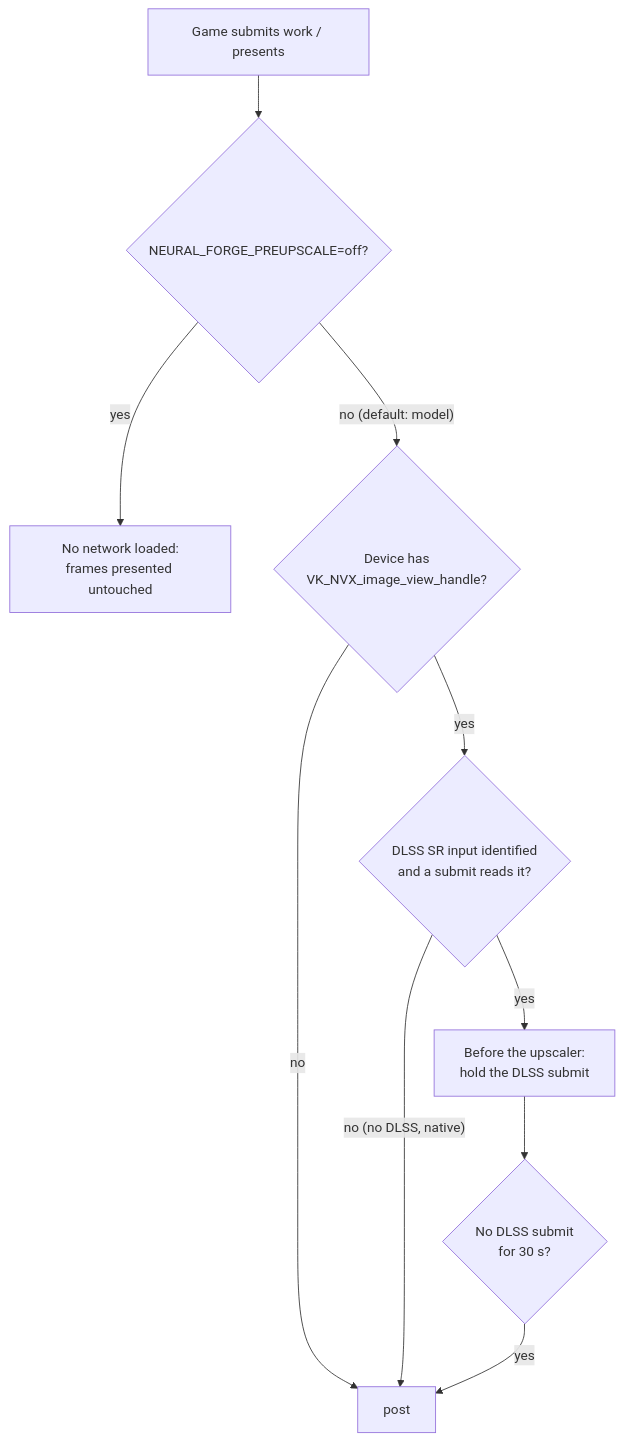
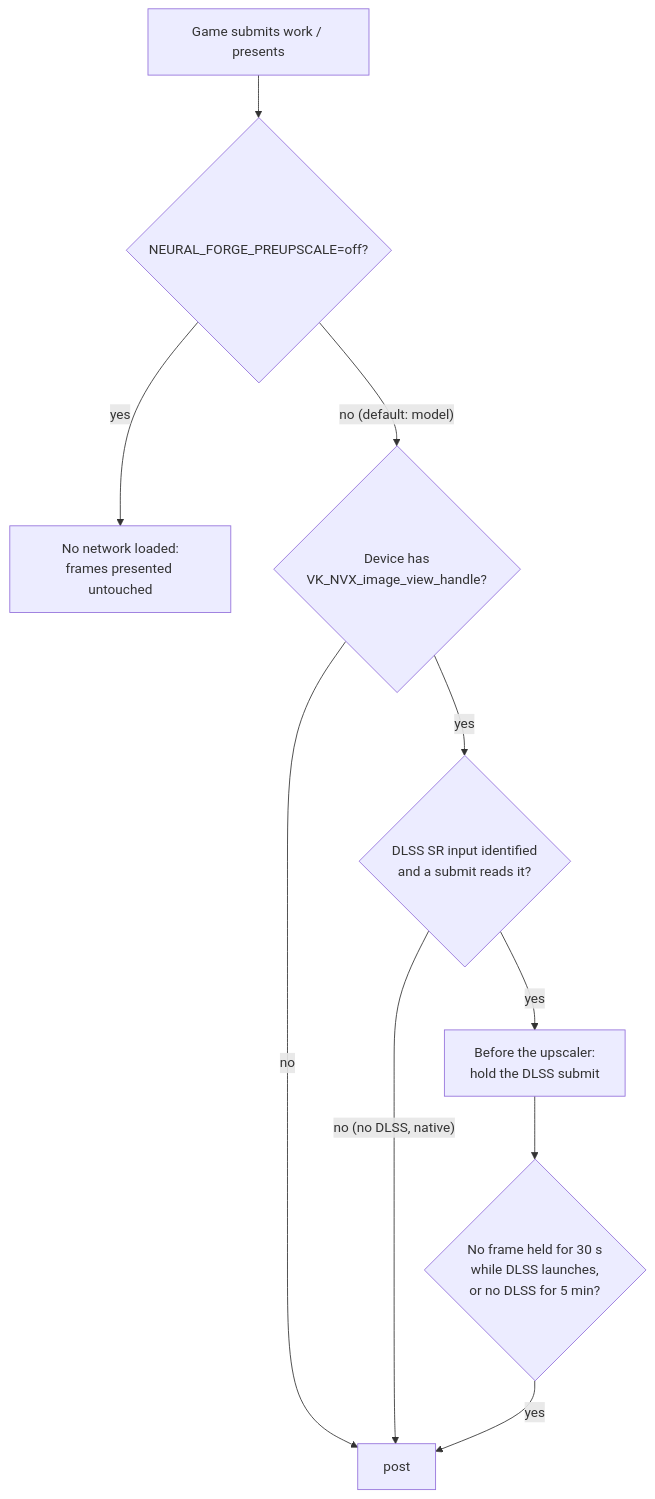
The second of 3 diagrams in docs/ARCHITECTURE.md (labj1987/neural-forge), drawn with Mermaid before and after one commit. The commit also changed other lines of this file and 8 other files, not shown here.

````diff
--- a/docs/ARCHITECTURE.md
+++ b/docs/ARCHITECTURE.md
@@ -217,12 +217,12 @@
 ```mermaid
 flowchart TD
     start["Game submits work / presents"] --> mode{"NEURAL_FORGE_PREUPSCALE=off?"}
     mode -- yes --> none["No network loaded:<br/>frames presented untouched"]
     mode -- "no (default: model)" --> nvx{"Device has<br/>VK_NVX_image_view_handle?"}
     nvx -- no --> post
     nvx -- yes --> dlss{"DLSS SR input identified<br/>and a submit reads it?"}
     dlss -- "no (no DLSS, native)" --> post
     dlss -- yes --> pre["Before the upscaler:<br/>hold the DLSS submit"]
-    pre --> handback{"No DLSS submit<br/>for 30 s?"}
+    pre --> handback{"No frame held for 30 s<br/>while DLSS launches,<br/>or no DLSS for 5 min?"}
     handback -- yes --> post
 ```
````
